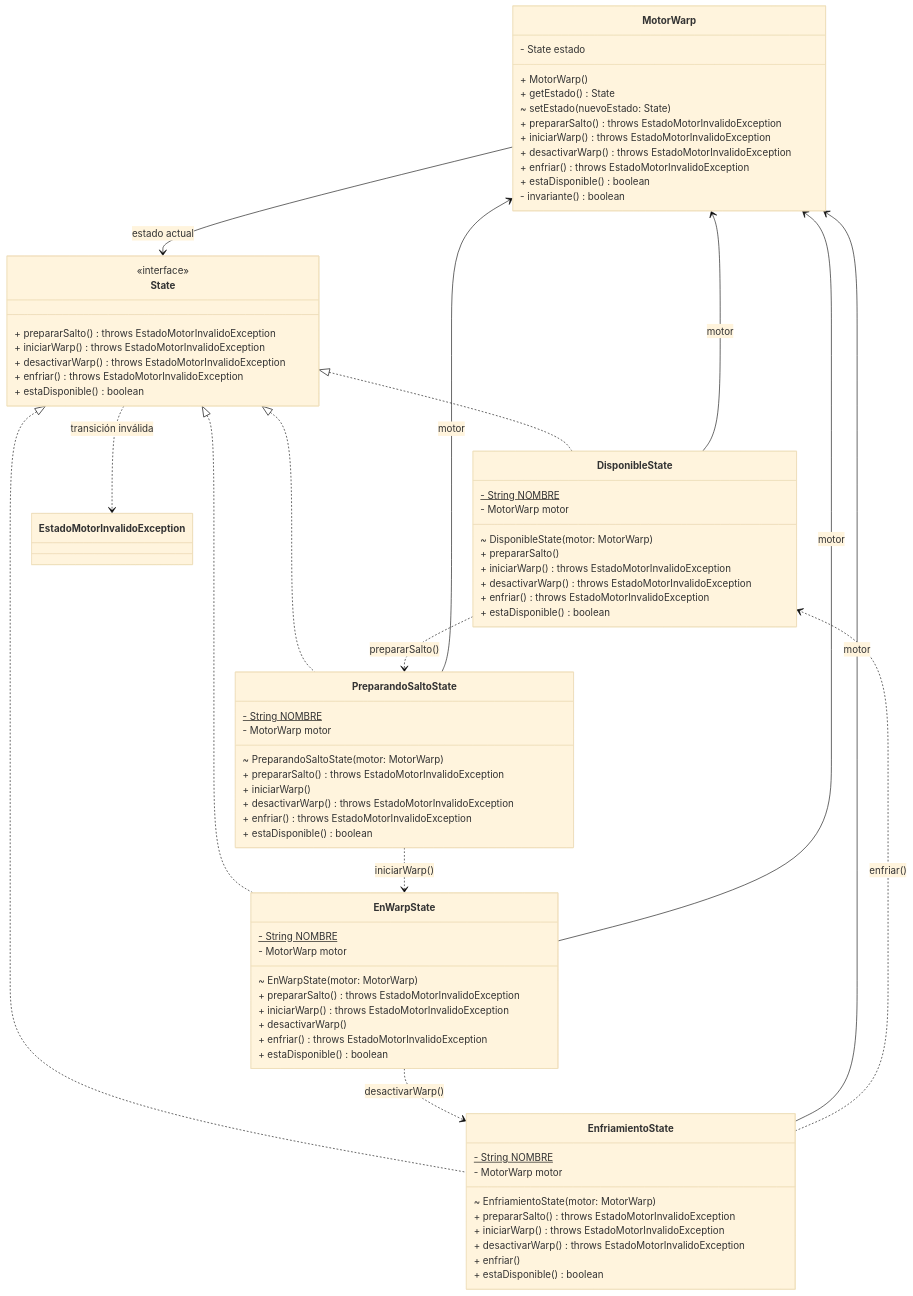
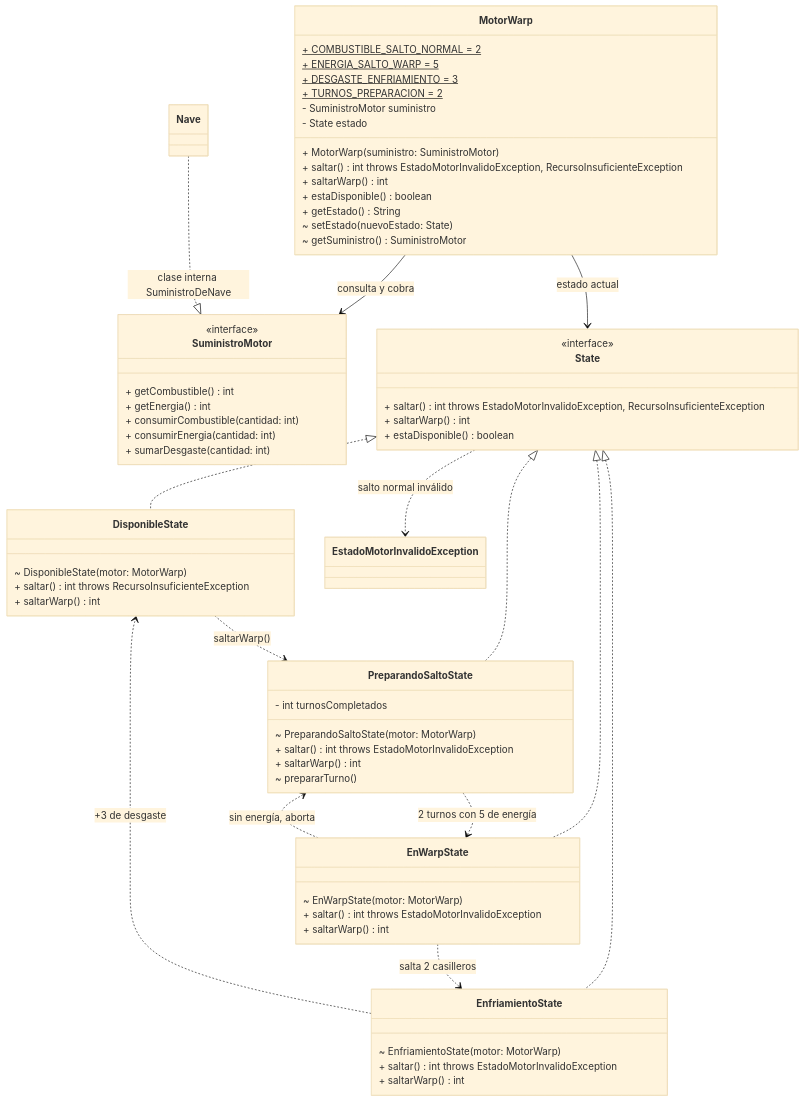
Before and after one commit to josesarregui/tpg-programacion-c-nave: the third of 8 diagrams in docs/diagrama_clases.md, drawn with Mermaid (base theme). The commit also changed other lines of this file and 23 other files, not shown here.

First line of the commit message:
Motor Warp por turnos según el Anexo (patrón State)

````diff
--- a/docs/diagrama_clases.md
+++ b/docs/diagrama_clases.md
@@ -171,79 +171,67 @@
 ```mermaid
 classDiagram
     class MotorWarp {
+        + COMBUSTIBLE_SALTO_NORMAL = 2$
+        + ENERGIA_SALTO_WARP = 5$
+        + DESGASTE_ENFRIAMIENTO = 3$
+        + TURNOS_PREPARACION = 2$
+        - SuministroMotor suministro
         - State estado
-        + MotorWarp()
-        + getEstado() State
+        + MotorWarp(suministro: SuministroMotor)
+        + saltar() int throws EstadoMotorInvalidoException, RecursoInsuficienteException
+        + saltarWarp() int
+        + estaDisponible() boolean
+        + getEstado() String
         ~ setEstado(nuevoEstado: State)
-        + prepararSalto() throws EstadoMotorInvalidoException
-        + iniciarWarp() throws EstadoMotorInvalidoException
-        + desactivarWarp() throws EstadoMotorInvalidoException
-        + enfriar() throws EstadoMotorInvalidoException
-        + estaDisponible() boolean
-        - invariante() boolean
+        ~ getSuministro() SuministroMotor
+    }
+    class SuministroMotor {
+        <<interface>>
+        + getCombustible() int
+        + getEnergia() int
+        + consumirCombustible(cantidad: int)
+        + consumirEnergia(cantidad: int)
+        + sumarDesgaste(cantidad: int)
     }
     class State {
         <<interface>>
-        + prepararSalto() throws EstadoMotorInvalidoException
-        + iniciarWarp() throws EstadoMotorInvalidoException
-        + desactivarWarp() throws EstadoMotorInvalidoException
-        + enfriar() throws EstadoMotorInvalidoException
+        + saltar() int throws EstadoMotorInvalidoException, RecursoInsuficienteException
+        + saltarWarp() int
         + estaDisponible() boolean
     }
     class DisponibleState {
-        - String NOMBRE$
-        - MotorWarp motor
         ~ DisponibleState(motor: MotorWarp)
-        + prepararSalto()
-        + iniciarWarp() throws EstadoMotorInvalidoException
-        + desactivarWarp() throws EstadoMotorInvalidoException
-        + enfriar() throws EstadoMotorInvalidoException
-        + estaDisponible() boolean
+        + saltar() int throws RecursoInsuficienteException
+        + saltarWarp() int
     }
     class PreparandoSaltoState {
-        - String NOMBRE$
-        - MotorWarp motor
+        - int turnosCompletados
         ~ PreparandoSaltoState(motor: MotorWarp)
-        + prepararSalto() throws EstadoMotorInvalidoException
-        + iniciarWarp()
-        + desactivarWarp() throws EstadoMotorInvalidoException
-        + enfriar() throws EstadoMotorInvalidoException
-        + estaDisponible() boolean
+        + saltar() int throws EstadoMotorInvalidoException
+        + saltarWarp() int
+        ~ prepararTurno()
     }
     class EnWarpState {
-        - String NOMBRE$
-        - MotorWarp motor
         ~ EnWarpState(motor: MotorWarp)
-        + prepararSalto() throws EstadoMotorInvalidoException
-        + iniciarWarp() throws EstadoMotorInvalidoException
-        + desactivarWarp()
-        + enfriar() throws EstadoMotorInvalidoException
-        + estaDisponible() boolean
+        + saltar() int throws EstadoMotorInvalidoException
+        + saltarWarp() int
     }
     class EnfriamientoState {
-        - String NOMBRE$
-        - MotorWarp motor
         ~ EnfriamientoState(motor: MotorWarp)
-        + prepararSalto() throws EstadoMotorInvalidoException
-        + iniciarWarp() throws EstadoMotorInvalidoException
-        + desactivarWarp() throws EstadoMotorInvalidoException
-        + enfriar()
-        + estaDisponible() boolean
+        + saltar() int throws EstadoMotorInvalidoException
+        + saltarWarp() int
     }
-    class EstadoMotorInvalidoException
-
     State <|.. DisponibleState
     State <|.. PreparandoSaltoState
     State <|.. EnWarpState
     State <|.. EnfriamientoState
     MotorWarp --> State : estado actual
-    DisponibleState --> MotorWarp : motor
-    PreparandoSaltoState --> MotorWarp : motor
-    EnWarpState --> MotorWarp : motor
-    EnfriamientoState --> MotorWarp : motor
-    DisponibleState ..> PreparandoSaltoState : prepararSalto()
-    PreparandoSaltoState ..> EnWarpState : iniciarWarp()
-    EnWarpState ..> EnfriamientoState : desactivarWarp()
-    EnfriamientoState ..> DisponibleState : enfriar()
-    State ..> EstadoMotorInvalidoException : transición inválida
+    MotorWarp --> SuministroMotor : consulta y cobra
+    Nave ..|> SuministroMotor : clase interna SuministroDeNave
+    DisponibleState ..> PreparandoSaltoState : saltarWarp()
+    PreparandoSaltoState ..> EnWarpState : 2 turnos con 5 de energía
+    EnWarpState ..> EnfriamientoState : salta 2 casilleros
+    EnWarpState ..> PreparandoSaltoState : sin energía, aborta
+    EnfriamientoState ..> DisponibleState : +3 de desgaste
+    State ..> EstadoMotorInvalidoException : salto normal inválido
 ```
````
